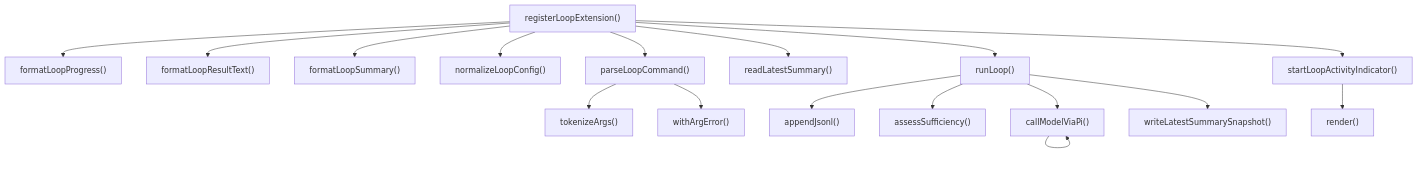
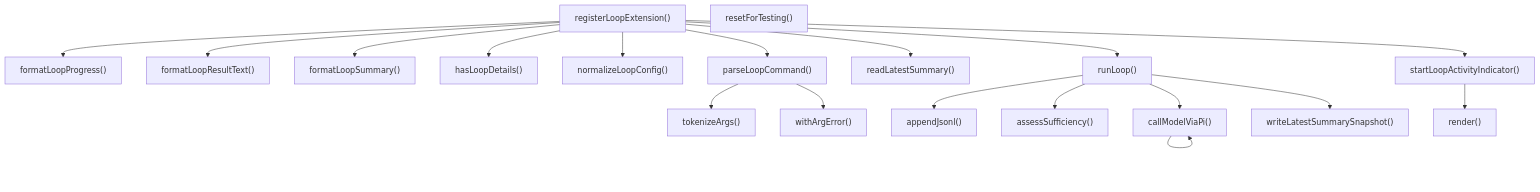
One commit to Mekann2904/mekann changed the fourth of 5 diagrams in ABDD/.pi/extensions/loop.md. Above: the diagram before and after it, drawn with Mermaid. The commit also changed other lines of this file and 189 other files, not shown here.

````diff
--- a/ABDD/.pi/extensions/loop.md
+++ b/ABDD/.pi/extensions/loop.md
@@ -311,35 +325,38 @@
 ```mermaid
 flowchart TD
   appendJsonl["appendJsonl()"]
   assessSufficiency["assessSufficiency()"]
   callModelViaPi["callModelViaPi()"]
   formatLoopProgress["formatLoopProgress()"]
   formatLoopResultText["formatLoopResultText()"]
   formatLoopSummary["formatLoopSummary()"]
+  hasLoopDetails["hasLoopDetails()"]
   normalizeLoopConfig["normalizeLoopConfig()"]
   parseLoopCommand["parseLoopCommand()"]
   readLatestSummary["readLatestSummary()"]
   registerLoopExtension["registerLoopExtension()"]
   render["render()"]
+  resetForTesting["resetForTesting()"]
   runLoop["runLoop()"]
   startLoopActivityIndicator["startLoopActivityIndicator()"]
   tokenizeArgs["tokenizeArgs()"]
   withArgError["withArgError()"]
   writeLatestSummarySnapshot["writeLatestSummarySnapshot()"]
   callModelViaPi --> callModelViaPi
   parseLoopCommand --> tokenizeArgs
   parseLoopCommand --> withArgError
   registerLoopExtension --> formatLoopProgress
   registerLoopExtension --> formatLoopResultText
   registerLoopExtension --> formatLoopSummary
+  registerLoopExtension --> hasLoopDetails
   registerLoopExtension --> normalizeLoopConfig
   registerLoopExtension --> parseLoopCommand
   registerLoopExtension --> readLatestSummary
   registerLoopExtension --> runLoop
   registerLoopExtension --> startLoopActivityIndicator
   runLoop --> appendJsonl
   runLoop --> assessSufficiency
   runLoop --> callModelViaPi
   runLoop --> writeLatestSummarySnapshot
   startLoopActivityIndicator --> render
 ```
````
